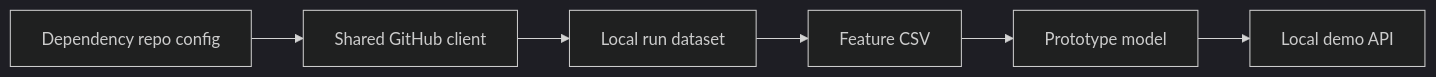
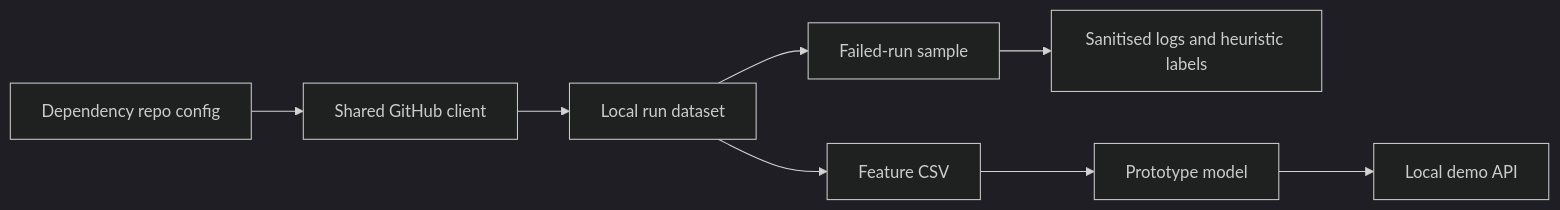
The diagram in experts/dependency/research/README.md (PrasadWijesinghe/Final_Research), drawn with Mermaid (dark theme) before and after one commit. The commit also changed other lines of this file and 9 other files, not shown here.

````diff
--- a/experts/dependency/research/README.md
+++ b/experts/dependency/research/README.md
@@ -27,8 +30,10 @@
 ```mermaid
 flowchart LR
     A[Dependency repo config] --> B[Shared GitHub client]
     B --> C[Local run dataset]
     C --> D[Feature CSV]
+    C --> G[Failed-run sample]
+    G --> H[Sanitised logs and heuristic labels]
     D --> E[Prototype model]
     E --> F[Local demo API]
 ```
````
